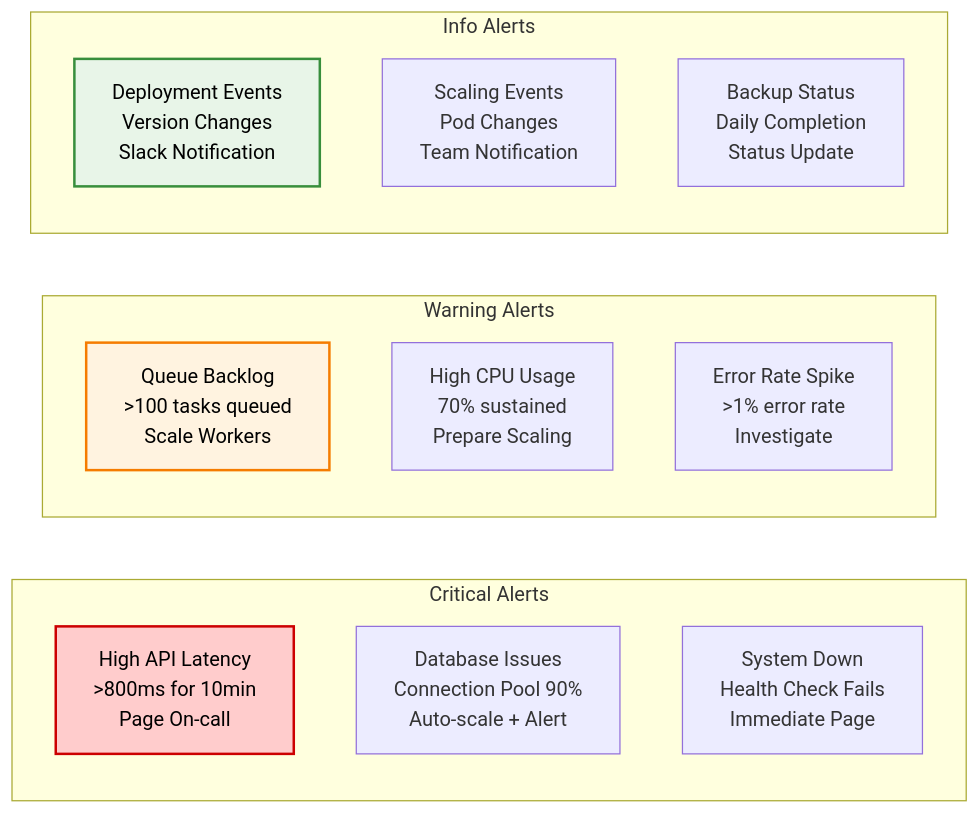
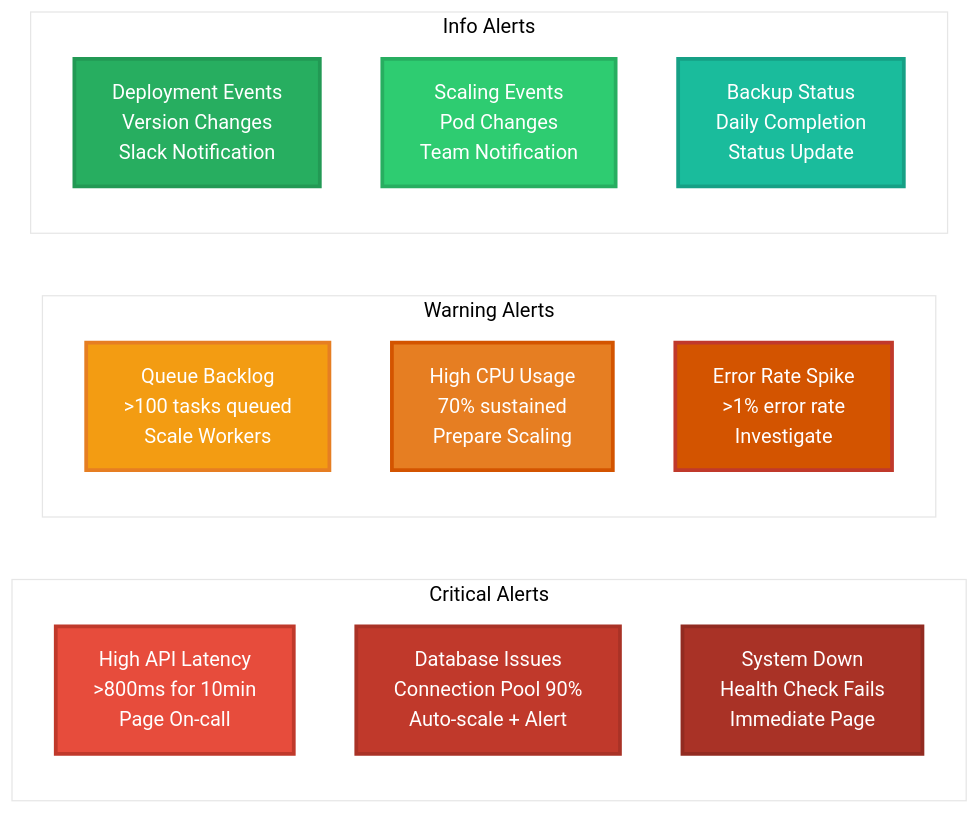
One commit to PriscillaOng12/AI-Code-Review-Squad changed diagram 16 of 20 in README.md. Above: the diagram before and after it, drawn with Mermaid. The commit also changed other lines of this file, not shown here.

````diff
--- a/README.md
+++ b/README.md
@@ -486,24 +569,33 @@
 ```mermaid
+%%{init: {'theme': 'base', 'themeVariables': {'primaryColor': '#ffffff', 'primaryTextColor': '#2c3e50', 'primaryBorderColor': '#2c3e50', 'lineColor': '#34495e', 'secondaryColor': '#ffffff', 'tertiaryColor': '#ffffff', 'background': '#ffffff', 'mainBkg': '#ffffff', 'secondBkg': '#ffffff', 'tertiaryBkg': '#ffffff'}}}%%
 graph LR
     subgraph "Critical Alerts"
         HIGH_LAT[High API Latency<br/>>800ms for 10min<br/>Page On-call]
         DB_CONN[Database Issues<br/>Connection Pool 90%<br/>Auto-scale + Alert]
         SYS_DOWN[System Down<br/>Health Check Fails<br/>Immediate Page]
     end
     
     subgraph "Warning Alerts"  
         QUEUE_BACK[Queue Backlog<br/>>100 tasks queued<br/>Scale Workers]
         HIGH_CPU[High CPU Usage<br//>70% sustained<br/>Prepare Scaling]
         ERROR_RATE[Error Rate Spike<br/>>1% error rate<br/>Investigate]
     end
     
     subgraph "Info Alerts"
         DEPLOY[Deployment Events<br/>Version Changes<br/>Slack Notification]
         SCALE[Scaling Events<br/>Pod Changes<br/>Team Notification]
         BACKUP[Backup Status<br/>Daily Completion<br/>Status Update]
     end
     
-    style HIGH_LAT fill:#ffcccc,stroke:#cc0000,stroke-width:2px,color:#000000
-    style QUEUE_BACK fill:#fff3e0,stroke:#f57c00,stroke-width:2px,color:#000000
-    style DEPLOY fill:#e8f5e8,stroke:#388e3c,stroke-width:2px,color:#000000
+    style HIGH_LAT fill:#e74c3c,stroke:#c0392b,stroke-width:3px,color:#ffffff
+    style DB_CONN fill:#c0392b,stroke:#a93226,stroke-width:3px,color:#ffffff
+    style SYS_DOWN fill:#a93226,stroke:#922b21,stroke-width:3px,color:#ffffff
+    
+    style QUEUE_BACK fill:#f39c12,stroke:#e67e22,stroke-width:3px,color:#ffffff
+    style HIGH_CPU fill:#e67e22,stroke:#d35400,stroke-width:3px,color:#ffffff
+    style ERROR_RATE fill:#d35400,stroke:#c0392b,stroke-width:3px,color:#ffffff
+    
+    style DEPLOY fill:#27ae60,stroke:#229954,stroke-width:3px,color:#ffffff
+    style SCALE fill:#2ecc71,stroke:#27ae60,stroke-width:3px,color:#ffffff
+    style BACKUP fill:#1abc9c,stroke:#16a085,stroke-width:3px,color:#ffffff
 ```
````
